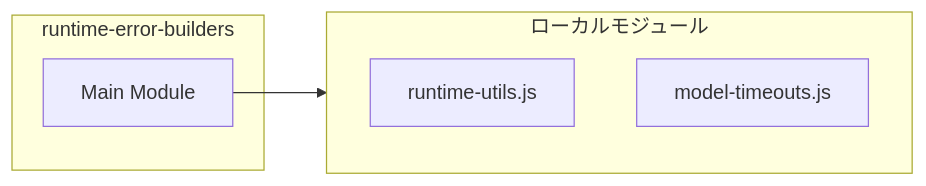
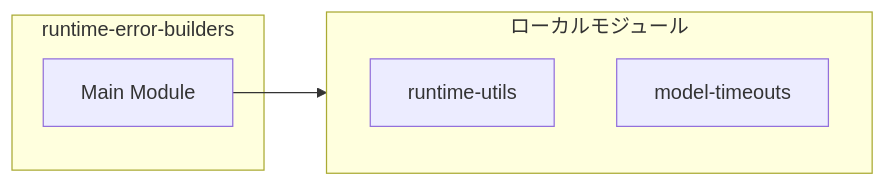
One commit to Mekann2904/mekann changed the diagram in ABDD/.pi/lib/runtime-error-builders.md. Above: the diagram before and after it, drawn with Mermaid. The commit also changed other lines of this file and 174 other files, not shown here.

First line of the commit message:
fix(docs): ABDDのMermaid図生成エラーを修正する

````diff
--- a/ABDD/.pi/lib/runtime-error-builders.md
+++ b/ABDD/.pi/lib/runtime-error-builders.md
@@ -33,11 +33,11 @@
 ```mermaid
 flowchart LR
   subgraph this[runtime-error-builders]
     main[Main Module]
   end
   subgraph local[ローカルモジュール]
-    runtime_utils_js["runtime-utils.js"]
-    model_timeouts_js["model-timeouts.js"]
+    runtime_utils["runtime-utils"]
+    model_timeouts["model-timeouts"]
   end
   main --> local
 ```
````
